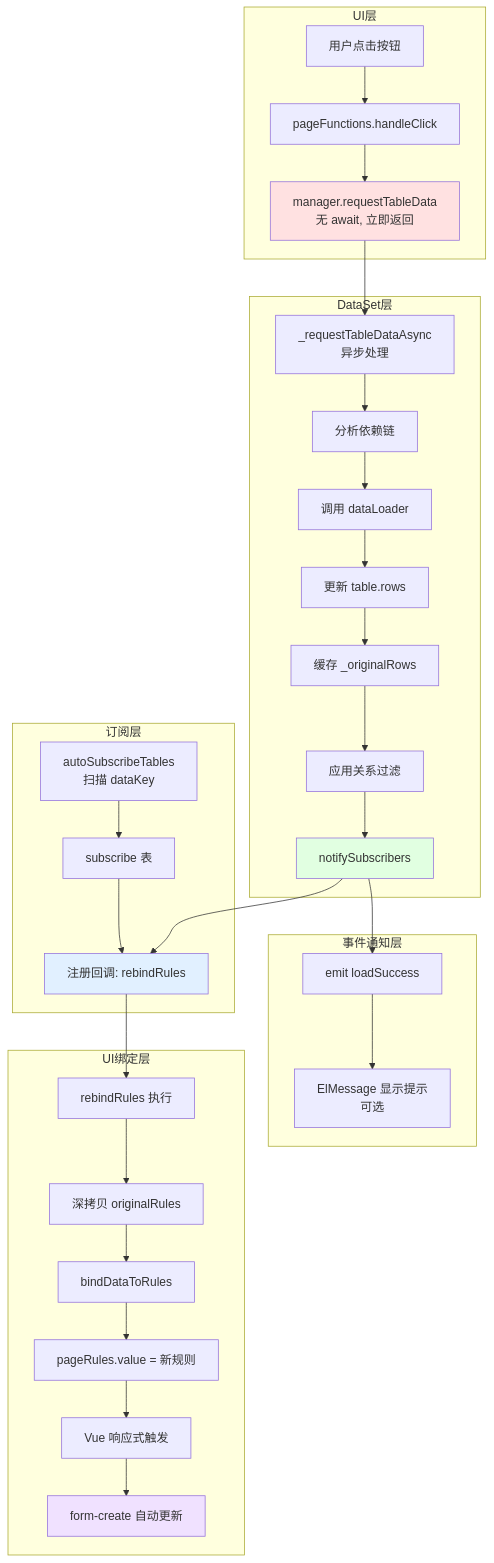
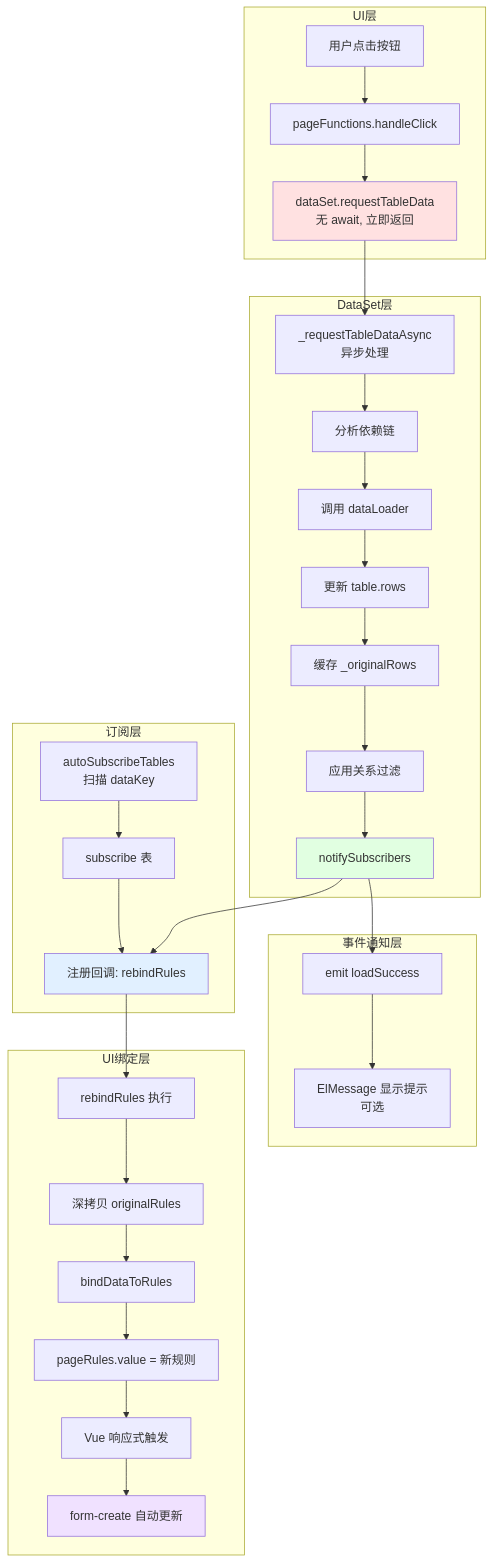
The third of 7 diagrams in docs/dataset/PageData-Flow.md (LMSpark/spark-view-vue), drawn with Mermaid before and after one commit. The commit also changed other lines of this file and 34 other files, not shown here.

First line of the commit message:
refactor: 重构为 .NET DataSet 三层架构

````diff
--- a/docs/dataset/PageData-Flow.md
+++ b/docs/dataset/PageData-Flow.md
@@ -166,42 +166,42 @@
 ```mermaid
 flowchart TB
     subgraph UI层
         A[用户点击按钮] --> B[pageFunctions.handleClick]
-        B --> C[manager.requestTableData<br/>无 await, 立即返回]
+        B --> C[dataSet.requestTableData<br/>无 await, 立即返回]
     end
     
     subgraph DataSet层
         C --> D[_requestTableDataAsync<br/>异步处理]
         D --> E[分析依赖链]
         E --> F[调用 dataLoader]
         F --> G[更新 table.rows]
         G --> H[缓存 _originalRows]
         H --> I[应用关系过滤]
         I --> J[notifySubscribers]
     end
     
     subgraph 订阅层
         K[autoSubscribeTables<br/>扫描 dataKey] --> L[subscribe 表]
         L --> M[注册回调: rebindRules]
         J --> M
     end
     
     subgraph UI绑定层
         M --> N[rebindRules 执行]
         N --> O[深拷贝 originalRules]
         O --> P[bindDataToRules]
         P --> Q[pageRules.value = 新规则]
         Q --> R[Vue 响应式触发]
         R --> S[form-create 自动更新]
     end
     
     subgraph 事件通知层
         J --> T[emit loadSuccess]
         T --> U[ElMessage 显示提示<br/>可选]
     end
     
     style C fill:#ffe1e1
     style J fill:#e1ffe1
     style M fill:#e1f0ff
     style S fill:#f0e1ff
 ```
````
